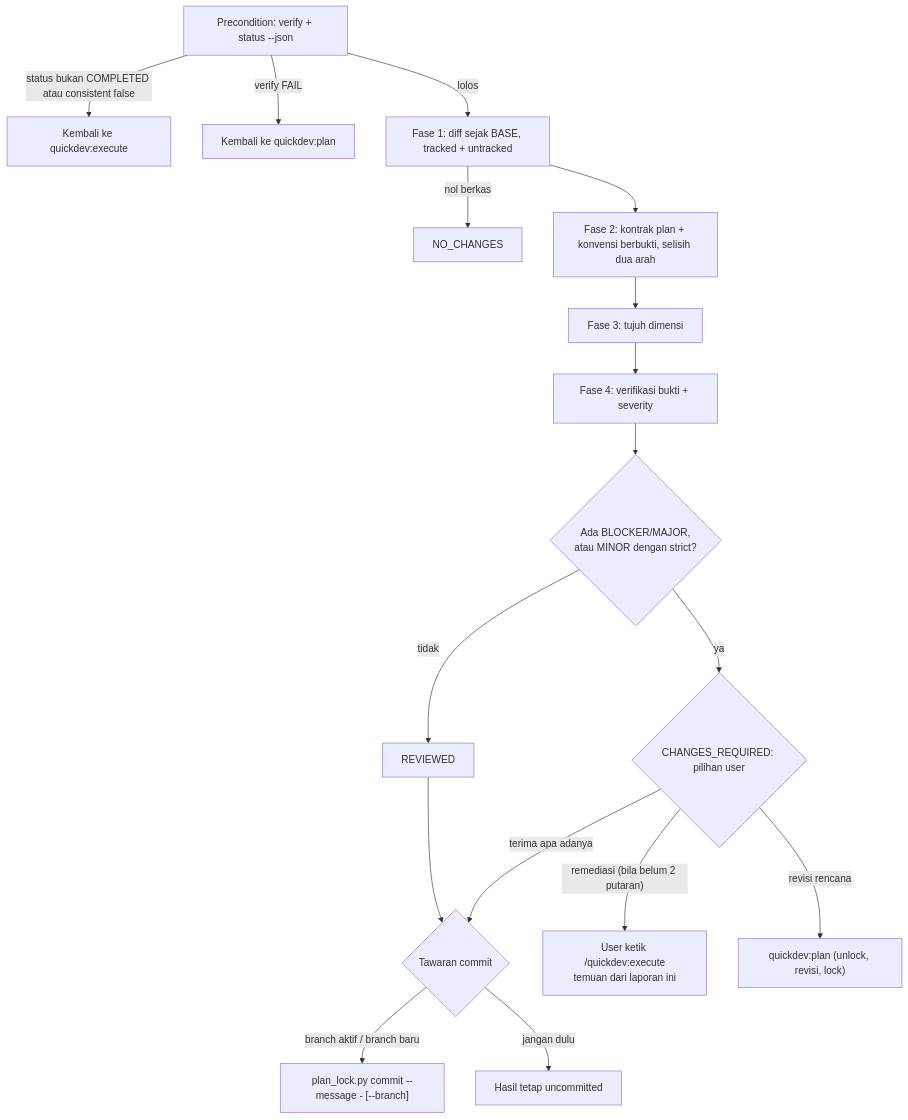
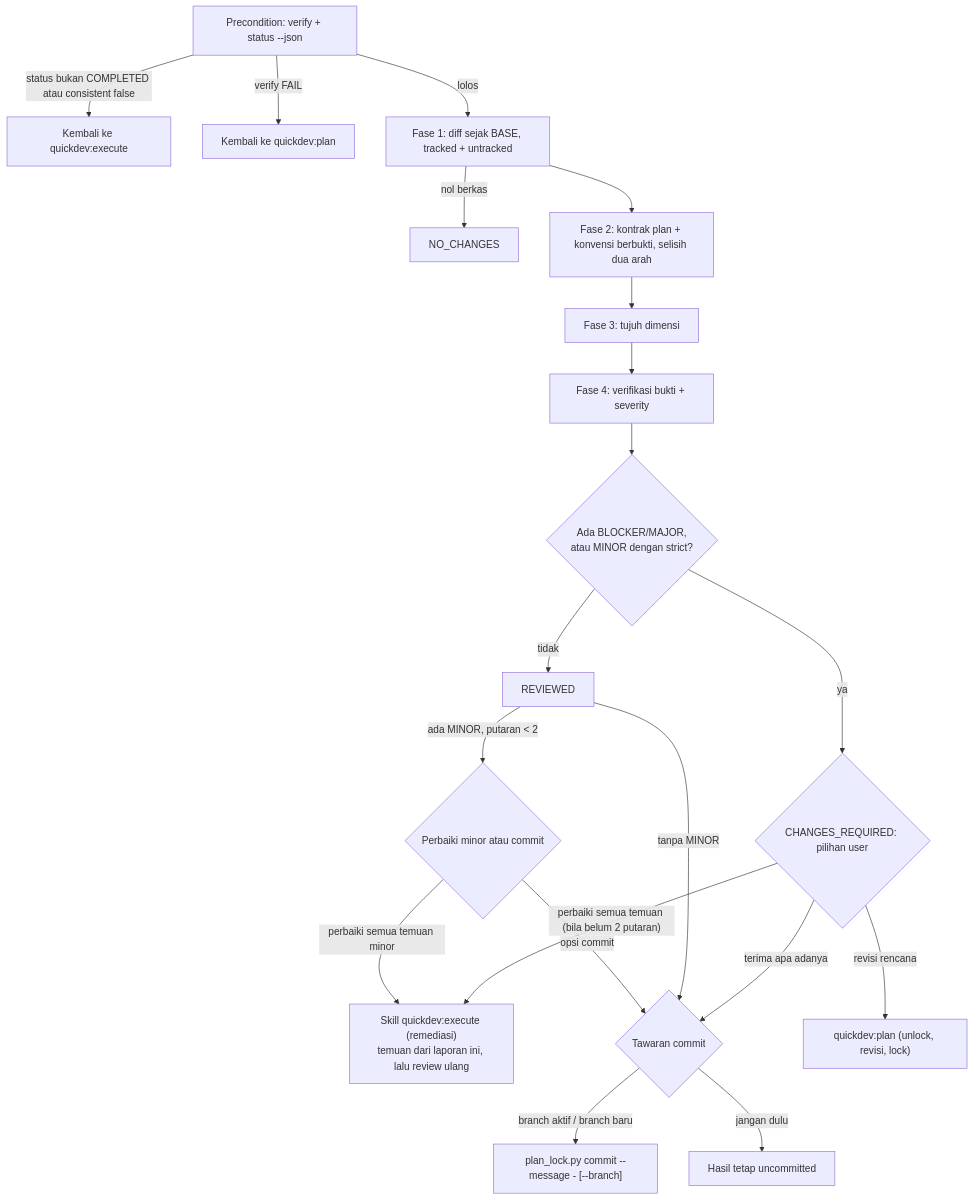
The fourth of 6 diagrams in flow/quickdev.md (nataflow/agentic-workflow), drawn with Mermaid before and after one commit. The commit also changed other lines of this file and 8 other files, not shown here.

First line of the commit message:
feat(quickdev): remediasi temuan review berantai, termasuk temuan MINOR (Q5)

````diff
--- a/flow/quickdev.md
+++ b/flow/quickdev.md
@@ -233,19 +238,22 @@
 ```mermaid
 flowchart TD
     R0["Precondition: verify + status --json"] -->|"status bukan COMPLETED atau consistent false"| BK["Kembali ke quickdev:execute"]
     R0 -->|"verify FAIL"| BP["Kembali ke quickdev:plan"]
     R0 -->|lolos| R1["Fase 1: diff sejak BASE, tracked + untracked"]
     R1 -->|"nol berkas"| NC["NO_CHANGES"]
     R1 --> R2["Fase 2: kontrak plan + konvensi berbukti, selisih dua arah"]
     R2 --> R3["Fase 3: tujuh dimensi"]
     R3 --> R4["Fase 4: verifikasi bukti + severity"]
     R4 --> R5{"Ada BLOCKER/MAJOR,<br/>atau MINOR dengan strict?"}
     R5 -->|tidak| RV["REVIEWED"]
-    RV --> OF{"Tawaran commit"}
+    RV -->|"ada MINOR, putaran < 2"| MN{"Perbaiki minor atau commit"}
+    MN -->|"perbaiki semua temuan minor"| EXE
+    MN -->|"opsi commit"| OF
+    RV -->|"tanpa MINOR"| OF{"Tawaran commit"}
     OF -->|"branch aktif / branch baru"| CM["plan_lock.py commit --message - [--branch]"]
     OF -->|"jangan dulu"| UC["Hasil tetap uncommitted"]
     R5 -->|ya| CR{"CHANGES_REQUIRED: pilihan user"}
-    CR -->|"remediasi (bila belum 2 putaran)"| EXE["User ketik /quickdev:execute<br/>temuan dari laporan ini"]
+    CR -->|"perbaiki semua temuan (bila belum 2 putaran)"| EXE["Skill quickdev:execute (remediasi)<br/>temuan dari laporan ini, lalu review ulang"]
     CR -->|"revisi rencana"| PL["quickdev:plan (unlock, revisi, lock)"]
     CR -->|"terima apa adanya"| OF
 ```
````
